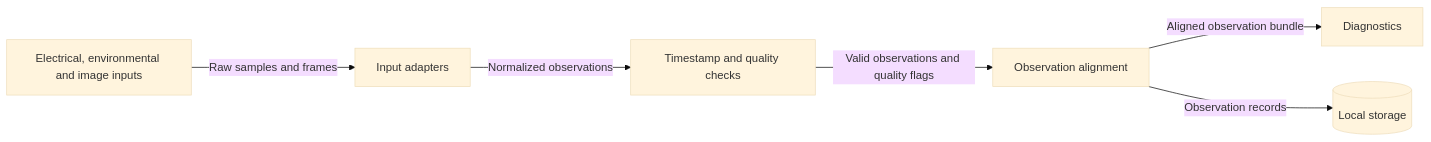
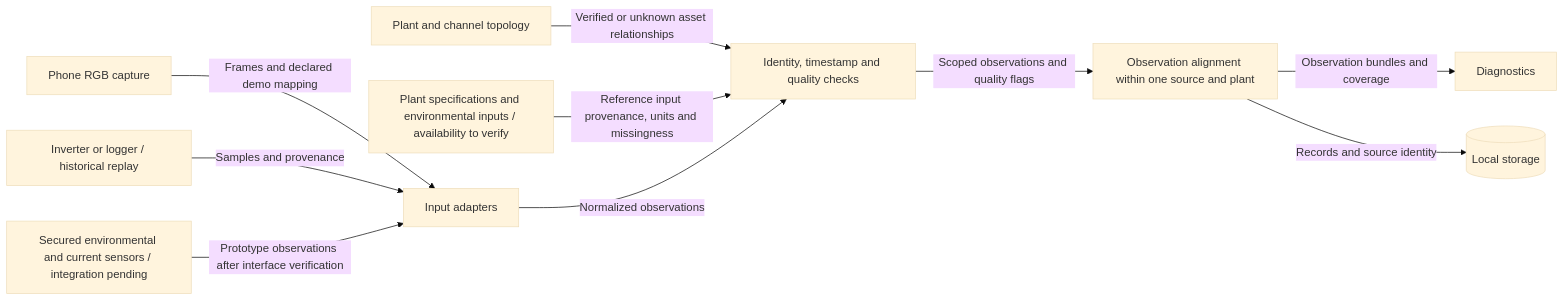
One commit to B-AROL-O/hackturin-2026 changed the diagram in docs/architecture/components/acquisition.md. Above: the diagram before and after it, drawn with Mermaid (base theme). The commit also changed other lines of this file and 71 other files, not shown here.

````diff
--- a/docs/architecture/components/acquisition.md
+++ b/docs/architecture/components/acquisition.md
@@ -10,14 +10,22 @@
 ```mermaid
 flowchart LR
-    inputs["Electrical, environmental and image inputs"]
+    phone["Phone RGB capture"]
+    telemetry["Inverter or logger / historical replay"]
+    sensors["Secured environmental and current sensors / integration pending"]
+    mapping["Plant and channel topology"]
+    context["Plant specifications and environmental inputs / availability to verify"]
     adapters["Input adapters"]
-    validate["Timestamp and quality checks"]
-    align["Observation alignment"]
+    validate["Identity, timestamp and quality checks"]
+    align["Observation alignment within one source and plant"]
     diagnostics["Diagnostics"]
     storage[("Local storage")]
-    inputs -->|Raw samples and frames| adapters
+    phone -->|Frames and declared demo mapping| adapters
+    telemetry -->|Samples and provenance| adapters
+    sensors -->|Prototype observations after interface verification| adapters
+    mapping -->|Verified or unknown asset relationships| validate
+    context -->|Reference input provenance, units and missingness| validate
     adapters -->|Normalized observations| validate
-    validate -->|Valid observations and quality flags| align
-    align -->|Aligned observation bundle| diagnostics
-    align -->|Observation records| storage
+    validate -->|Scoped observations and quality flags| align
+    align -->|Observation bundles and coverage| diagnostics
+    align -->|Records and source identity| storage
 ```
````
